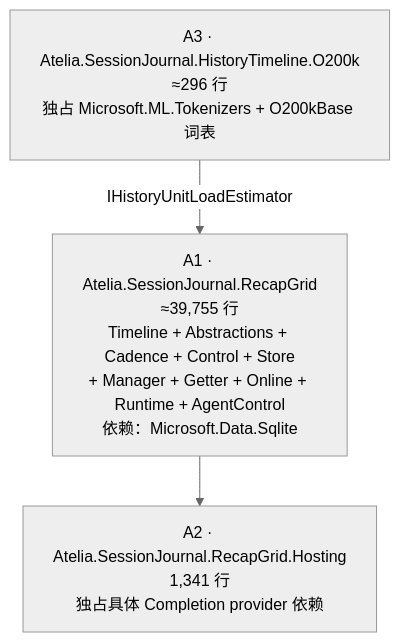
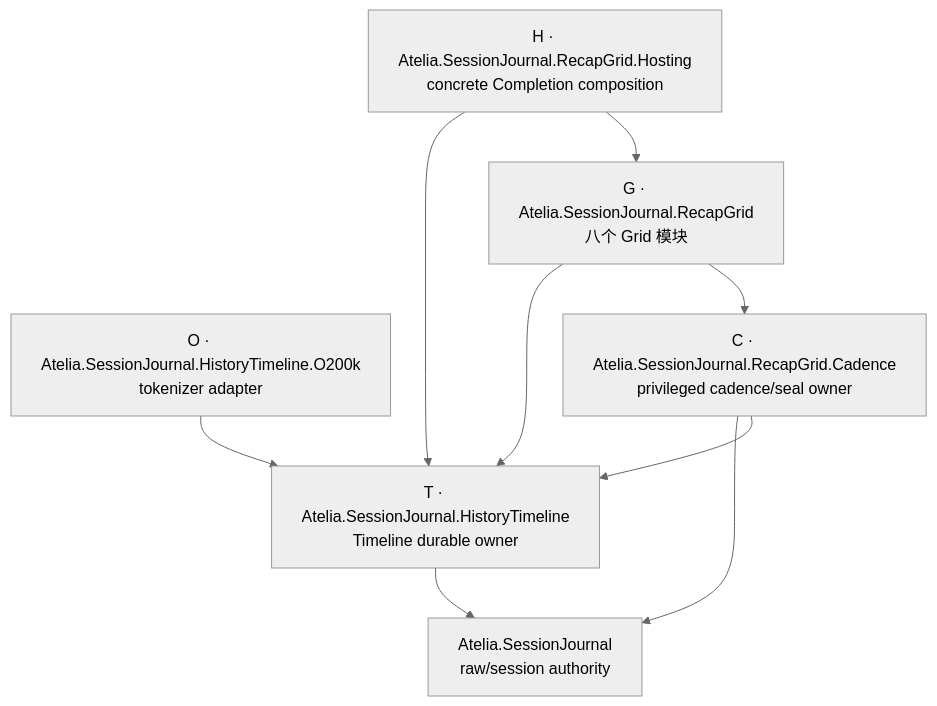
One commit to Atelia-org/atelia changed the diagram in docs/SessionJournal/operations/recap-grid-assembly-consolidation.md. Above: the diagram before and after it, drawn with Mermaid (neutral theme). The commit also changed other lines of this file, not shown here.

First line of the commit message:
docs(session-journal): 修订 RecapGrid 程序集收口方案为 11→5 方向

````diff
--- a/docs/SessionJournal/operations/recap-grid-assembly-consolidation.md
+++ b/docs/SessionJournal/operations/recap-grid-assembly-consolidation.md
@@ -89,8 +136,18 @@
 ```mermaid
 flowchart TD
-    O["A3 · Atelia.SessionJournal.HistoryTimeline.O200k<br/>≈296 行<br/>独占 Microsoft.ML.Tokenizers + O200kBase 词表"]
-    C["A1 · Atelia.SessionJournal.RecapGrid<br/>≈39,755 行<br/>Timeline + Abstractions + Cadence + Control + Store<br/>+ Manager + Getter + Online + Runtime + AgentControl<br/>依赖：Microsoft.Data.Sqlite"]
-    H["A2 · Atelia.SessionJournal.RecapGrid.Hosting<br/>1,341 行<br/>独占具体 Completion provider 依赖"]
-    O -->|IHistoryUnitLoadEstimator| C
-    C --> H
+    O["O · Atelia.SessionJournal.HistoryTimeline.O200k<br/>tokenizer adapter"]
+    H["H · Atelia.SessionJournal.RecapGrid.Hosting<br/>concrete Completion composition"]
+    G["G · Atelia.SessionJournal.RecapGrid<br/>八个 Grid 模块"]
+    C["C · Atelia.SessionJournal.RecapGrid.Cadence<br/>privileged cadence/seal owner"]
+    T["T · Atelia.SessionJournal.HistoryTimeline<br/>Timeline durable owner"]
+    S["Atelia.SessionJournal<br/>raw/session authority"]
+
+    O --> T
+    H --> G
+    H --> T
+    G --> C
+    G --> T
+    C --> T
+    C --> S
+    T --> S
 ```
````
